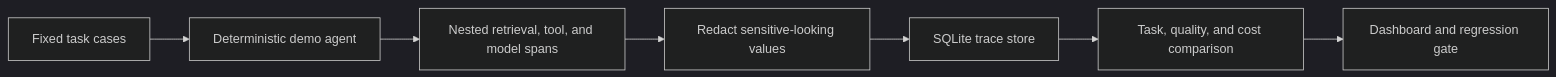
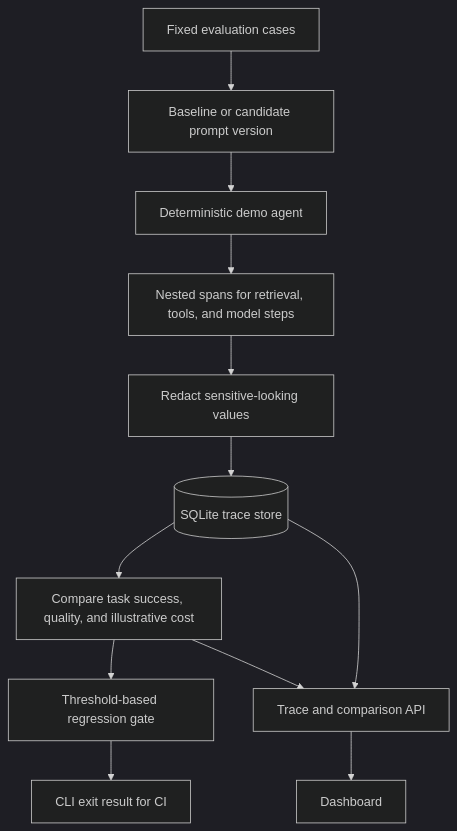
One commit to nihalmachhi/TraceForge changed the diagram in README.md. Above: the diagram before and after it, drawn with Mermaid (dark theme).

Commit message:
docs: expand README architecture diagram

````diff
--- a/README.md
+++ b/README.md
@@ -15,9 +15,14 @@
 ```mermaid
-flowchart LR
-  A[Fixed task cases] --> B[Deterministic demo agent]
-  B --> C[Nested retrieval, tool, and model spans]
-  C --> D[Redact sensitive-looking values]
-  D --> E[SQLite trace store]
-  E --> F[Task, quality, and cost comparison]
-  F --> G[Dashboard and regression gate]
+flowchart TD
+  A[Fixed evaluation cases] --> B[Baseline or candidate prompt version]
+  B --> C[Deterministic demo agent]
+  C --> D[Nested spans for retrieval, tools, and model steps]
+  D --> E[Redact sensitive-looking values]
+  E --> F[(SQLite trace store)]
+  F --> G[Compare task success, quality, and illustrative cost]
+  G --> H[Threshold-based regression gate]
+  H --> I[CLI exit result for CI]
+  F --> J[Trace and comparison API]
+  G --> J
+  J --> K[Dashboard]
 ```
````
